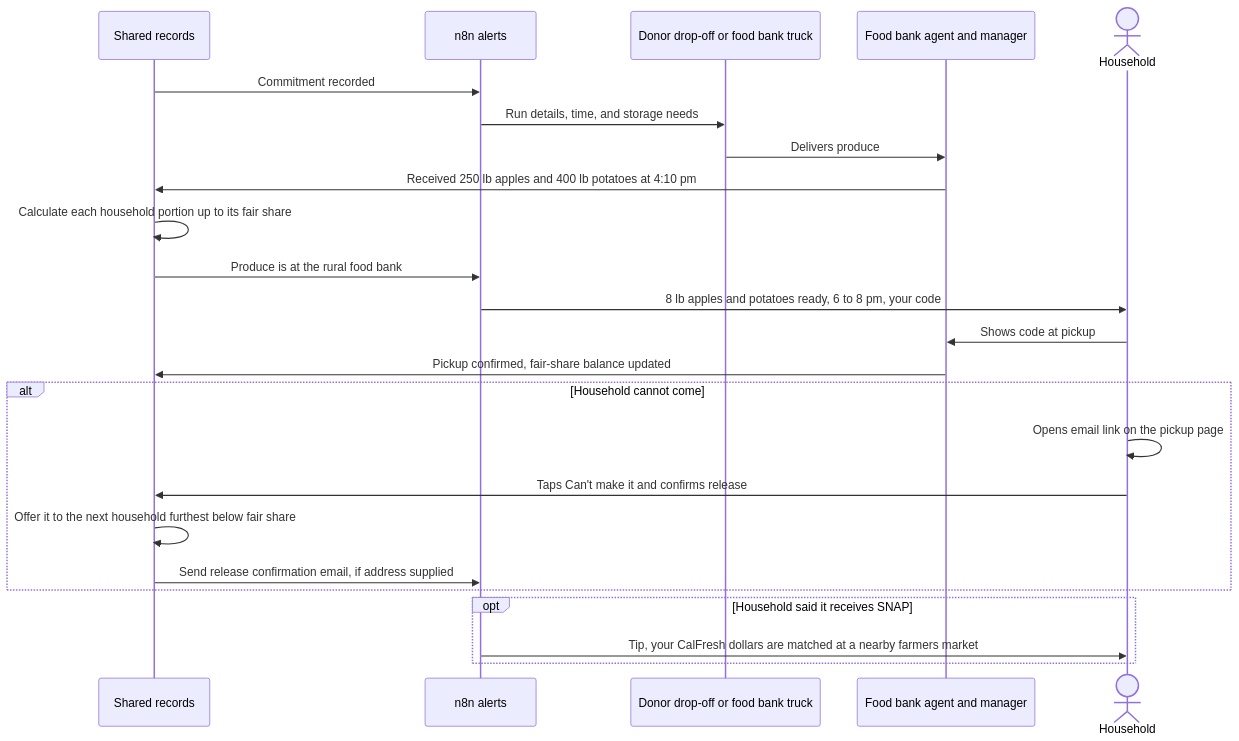
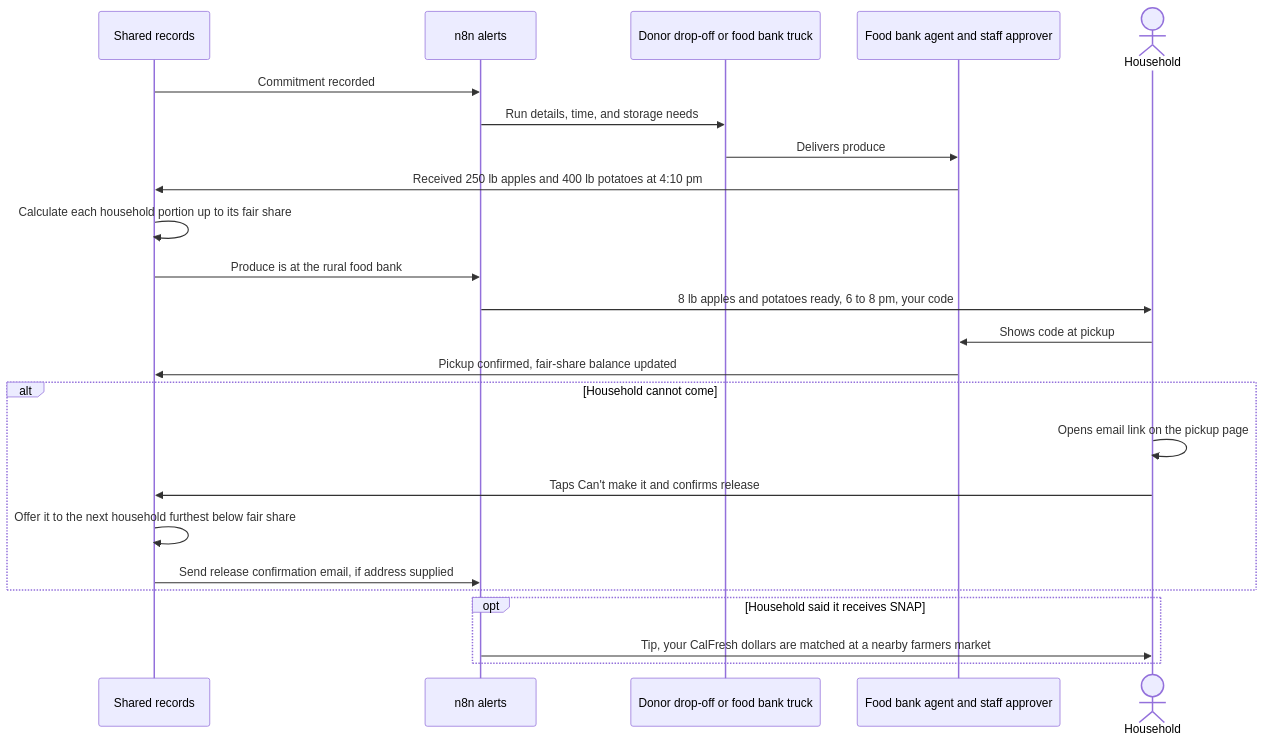
The sixth of 8 diagrams in docs/MVP_DESIGN.md (mubinmodi/UCSC_HACK_HARVESTNET), drawn with Mermaid before and after one commit. The commit also changed other lines of this file, not shown here.

First line of the commit message:
MVP design: staff approver replaces manager for an organization's human

````diff
--- a/docs/MVP_DESIGN.md
+++ b/docs/MVP_DESIGN.md
@@ -346,26 +346,26 @@
 ```mermaid
 sequenceDiagram
     participant Rec as Shared records
     participant N8 as n8n alerts
     participant Mover as Donor drop-off or food bank truck
-    participant Bank as Food bank agent and manager
+    participant Bank as Food bank agent and staff approver
     actor Household as Household
     Rec->>N8: Commitment recorded
     N8->>Mover: Run details, time, and storage needs
     Mover->>Bank: Delivers produce
     Bank->>Rec: Received 250 lb apples and 400 lb potatoes at 4:10 pm
     Rec->>Rec: Calculate each household portion up to its fair share
     Rec->>N8: Produce is at the rural food bank
     N8->>Household: 8 lb apples and potatoes ready, 6 to 8 pm, your code
     Household->>Bank: Shows code at pickup
     Bank->>Rec: Pickup confirmed, fair-share balance updated
     alt Household cannot come
         Household->>Household: Opens email link on the pickup page
         Household->>Rec: Taps Can't make it and confirms release
         Rec->>Rec: Offer it to the next household furthest below fair share
         Rec->>N8: Send release confirmation email, if address supplied
     end
     opt Household said it receives SNAP
         N8->>Household: Tip, your CalFresh dollars are matched at a nearby farmers market
     end
 ```
````
